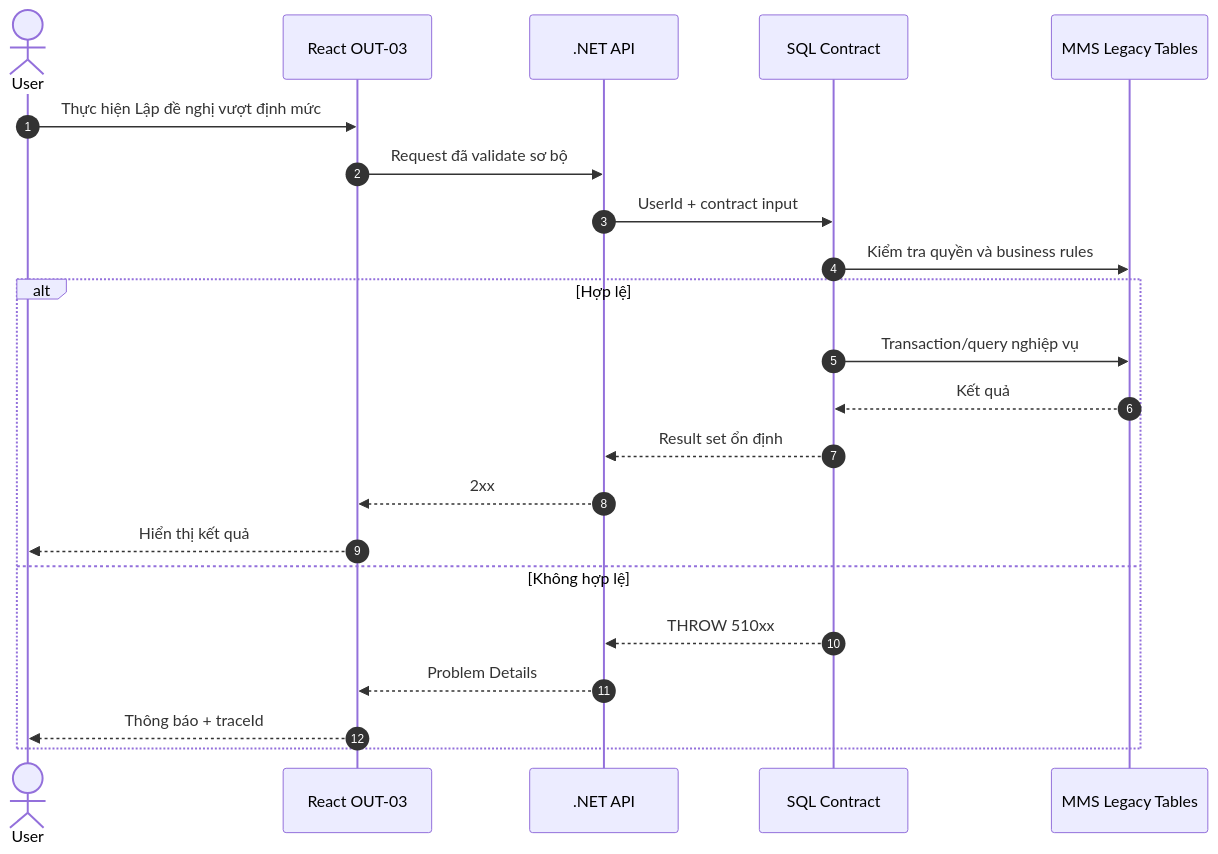
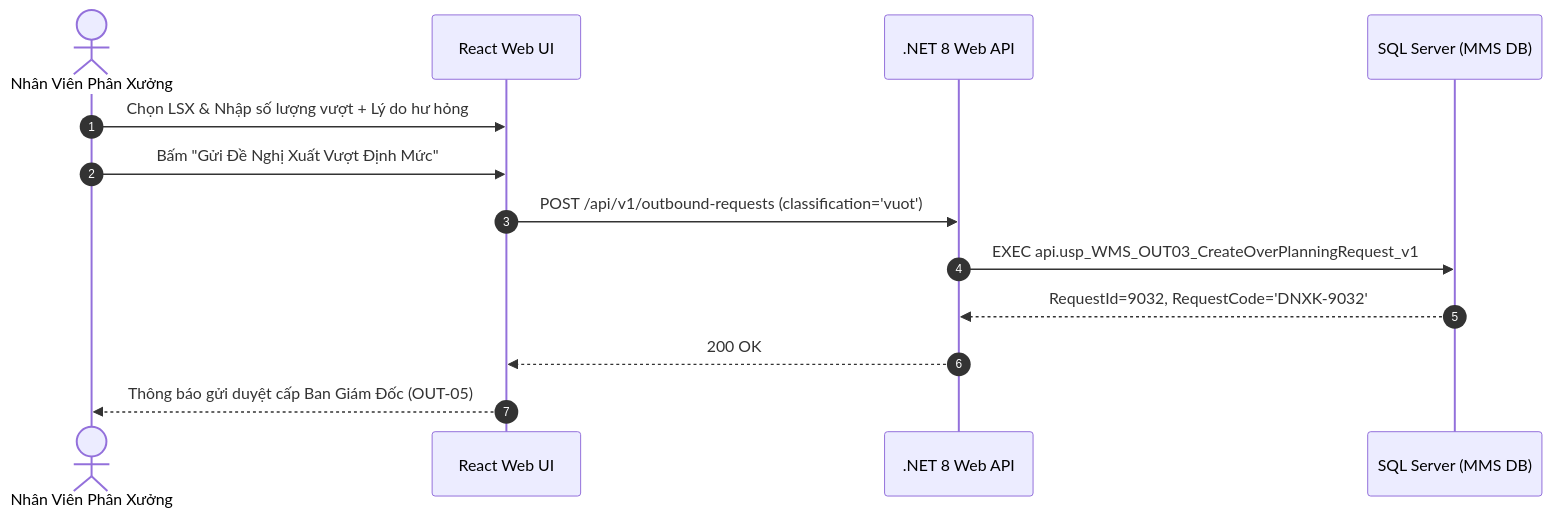
The diagram in docs/03-use-cases/UC-20_OUT-03.md (Sohoa-KNSG/mms), drawn with Mermaid before and after one commit. The commit also changed other lines of this file and 43 other files, not shown here.

````diff
--- a/docs/03-use-cases/UC-20_OUT-03.md
+++ b/docs/03-use-cases/UC-20_OUT-03.md
@@ -196,24 +159,16 @@
-~~~mermaid
+```mermaid
 sequenceDiagram
     autonumber
-    actor User
-    participant UI as React OUT-03
-    participant API as .NET API
-    participant SP as SQL Contract
-    participant DB as MMS Legacy Tables
-    User->>UI: Thực hiện Lập đề nghị vượt định mức
-    UI->>API: Request đã validate sơ bộ
-    API->>SP: UserId + contract input
-    SP->>DB: Kiểm tra quyền và business rules
-    alt Hợp lệ
-        SP->>DB: Transaction/query nghiệp vụ
-        DB-->>SP: Kết quả
-        SP-->>API: Result set ổn định
-        API-->>UI: 2xx
-        UI-->>User: Hiển thị kết quả
-    else Không hợp lệ
-        SP-->>API: THROW 510xx
-        API-->>UI: Problem Details
-        UI-->>User: Thông báo + traceId
-    end
-~~~
+    actor Planner as Nhân Viên Phân Xưởng
+    participant UI as React Web UI
+    participant API as .NET 8 Web API
+    participant DB as SQL Server (MMS DB)
+
+    Planner->>UI: Chọn LSX & Nhập số lượng vượt + Lý do hư hỏng
+    Planner->>UI: Bấm "Gửi Đề Nghị Xuất Vượt Định Mức"
+    UI->>API: POST /api/v1/outbound-requests (classification='vuot')
+    API->>DB: EXEC api.usp_WMS_OUT03_CreateOverPlanningRequest_v1
+    DB-->>API: RequestId=9032, RequestCode='DNXK-9032'
+    API-->>UI: 200 OK
+    UI-->>Planner: Thông báo gửi duyệt cấp Ban Giám Đốc (OUT-05)
+```
````
